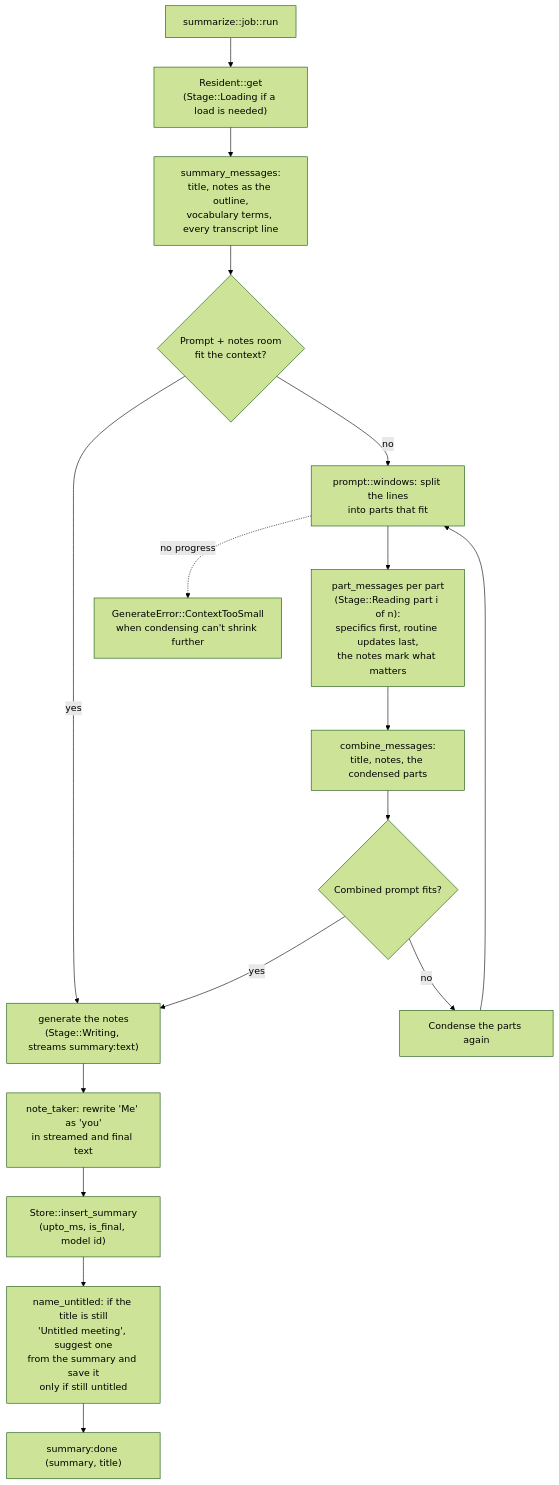
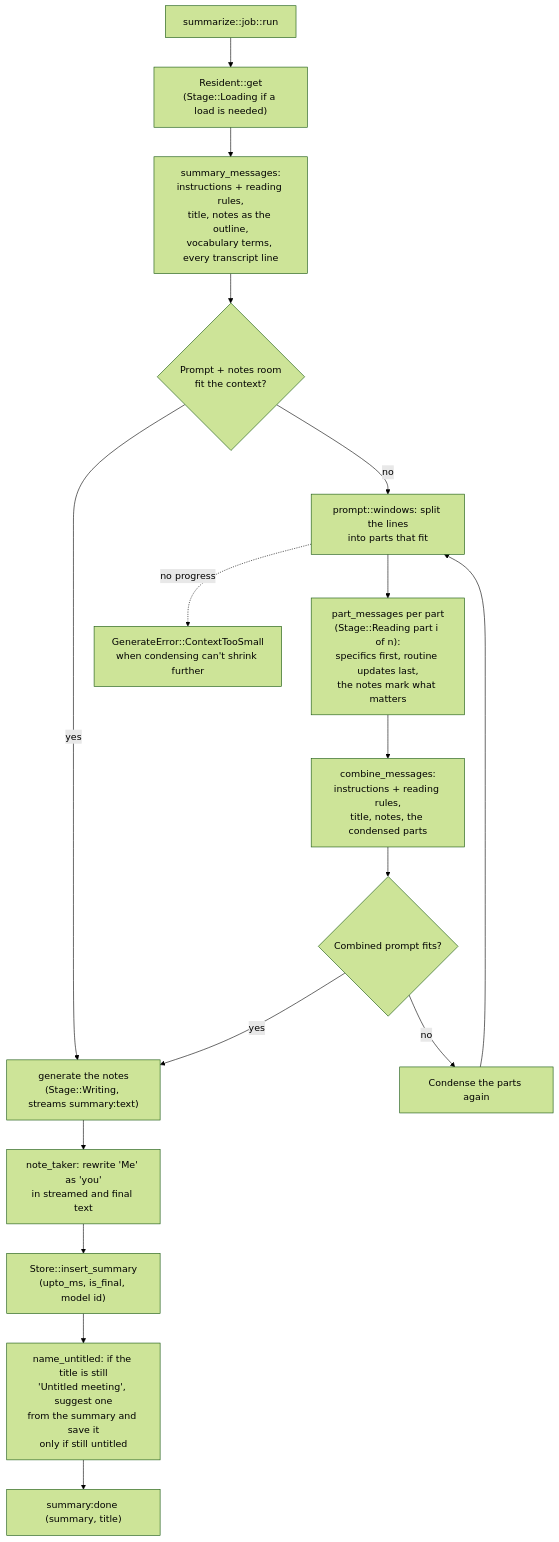
Before and after one commit to tapresle/Earshot-Notes: the third of 4 diagrams in docs/architecture/local-ai-model.md, drawn with Mermaid (forest theme). The commit also changed other lines of this file and 25 other files, not shown here.

First line of the commit message:
#161: Let people replace the summary instructions (#165)

````diff
--- a/docs/architecture/local-ai-model.md
+++ b/docs/architecture/local-ai-model.md
@@ -94,26 +94,26 @@
 ```mermaid
 flowchart TB
     start["summarize::job::run"]
     load["Resident::get<br/>(Stage::Loading if a load is needed)"]
-    single["summary_messages:<br/>title, notes as the outline,<br/>vocabulary terms, every transcript line"]
+    single["summary_messages:<br/>instructions + reading rules,<br/>title, notes as the outline,<br/>vocabulary terms, every transcript line"]
     fits{"Prompt + notes room<br/>fit the context?"}
     write["generate the notes<br/>(Stage::Writing, streams summary:text)"]
     windows["prompt::windows: split the lines<br/>into parts that fit"]
     parts["part_messages per part<br/>(Stage::Reading part i of n):<br/>specifics first, routine updates last,<br/>the notes mark what matters"]
-    combined["combine_messages:<br/>title, notes, the condensed parts"]
+    combined["combine_messages:<br/>instructions + reading rules,<br/>title, notes, the condensed parts"]
     fits2{"Combined prompt fits?"}
     again["Condense the parts again"]
     tooSmall["GenerateError::ContextTooSmall<br/>when condensing can't shrink further"]
     me["note_taker: rewrite 'Me' as 'you'<br/>in streamed and final text"]
     save["Store::insert_summary<br/>(upto_ms, is_final, model id)"]
     title["name_untitled: if the title is still<br/>'Untitled meeting', suggest one<br/>from the summary and save it<br/>only if still untitled"]
     done["summary:done (summary, title)"]
 
     start --> load --> single --> fits
     fits -- "yes" --> write
     fits -- "no" --> windows --> parts --> combined --> fits2
     fits2 -- "yes" --> write
     fits2 -- "no" --> again --> windows
     windows -. "no progress" .-> tooSmall
     write --> me --> save --> title --> done
 ```
````
